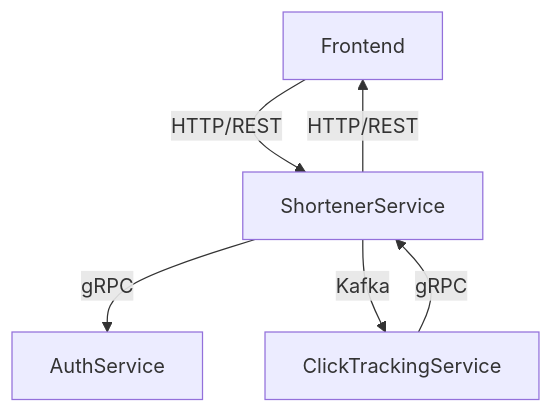
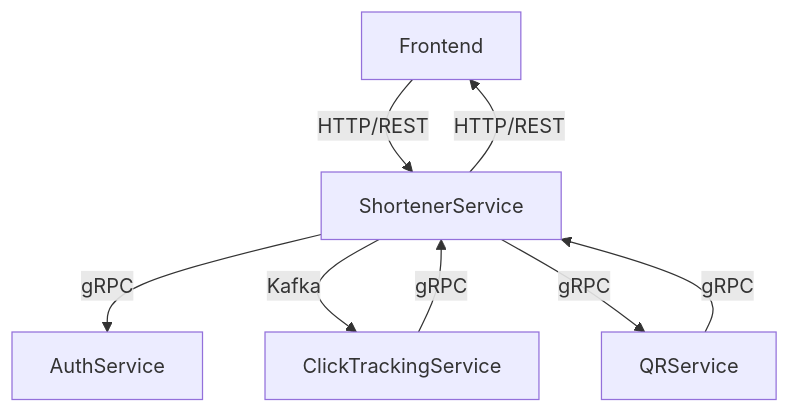
The diagram in README.md (Simoffsky/Url-Shortener), drawn with Mermaid before and after one commit. The commit also changed other lines of this file, not shown here.

````diff
--- a/README.md
+++ b/README.md
@@ -5,8 +5,10 @@
 ```mermaid
-flowchart TD;
+flowchart TB;
     Frontend -->|HTTP/REST| ShortenerService;
     ShortenerService -->|gRPC| AuthService;
     ShortenerService -->|Kafka| ClickTrackingService;
     ClickTrackingService -->|gRPC| ShortenerService;
     ShortenerService -->|HTTP/REST| Frontend;
+    QRService -->|gRPC| ShortenerService;
+    ShortenerService -->|gRPC| QRService;
 ```
````
